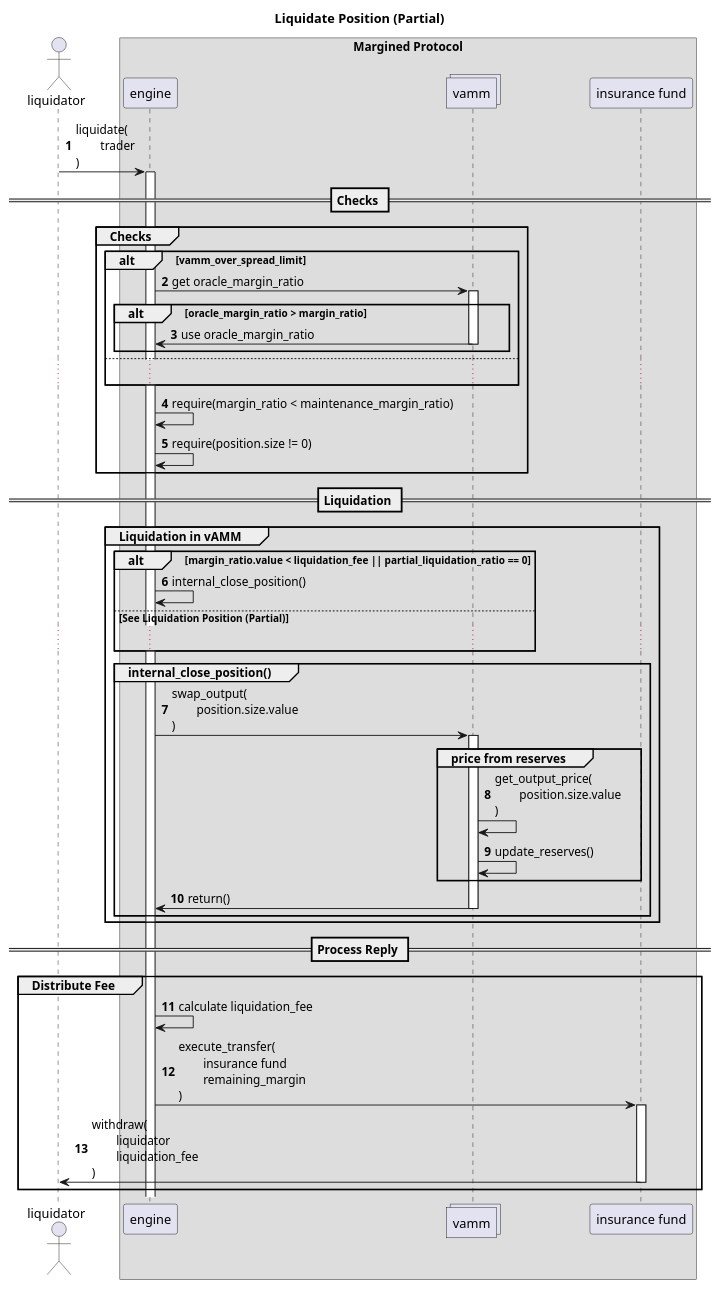
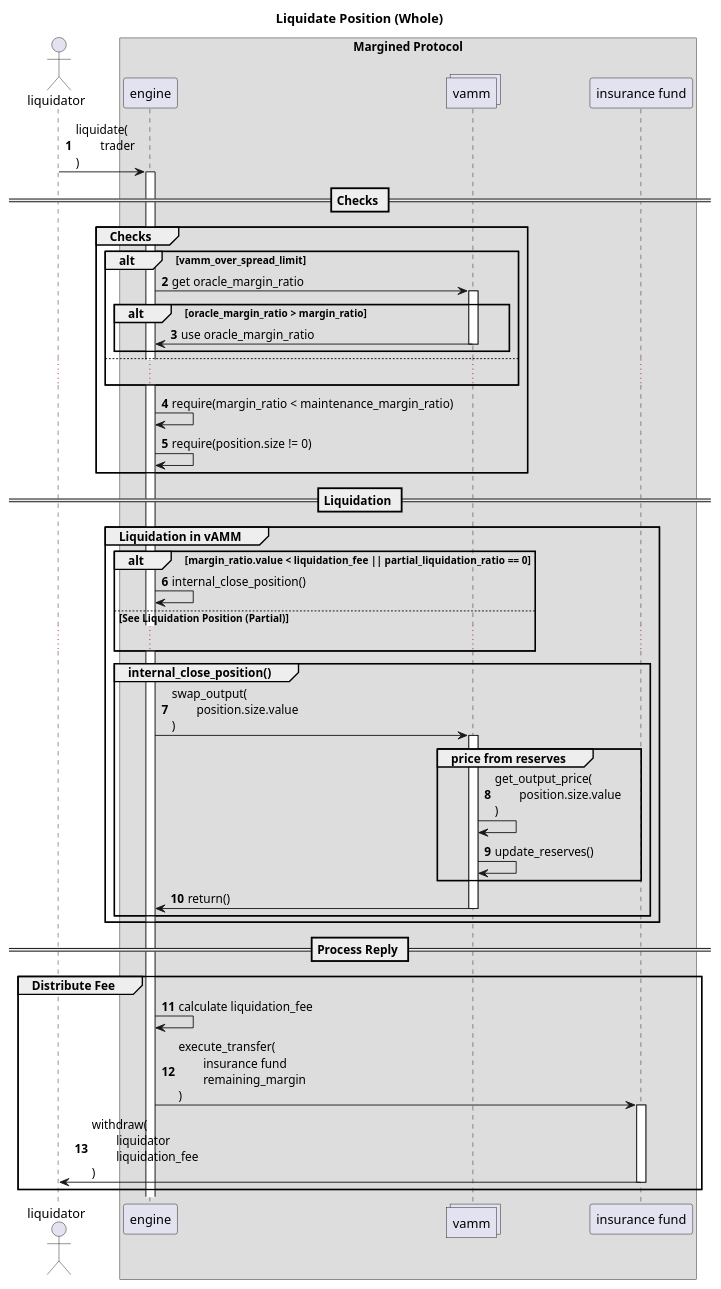
The diagram in architecture/diagrams/liq-pos-whole.puml (margined-protocol/docs), drawn with PlantUML before and after one commit. The commit also changed 9 other files, not shown here.

Commit message:
made changes to diagrams

```diff
--- a/architecture/diagrams/liq-pos-whole.puml
+++ b/architecture/diagrams/liq-pos-whole.puml
@@ -1,70 +1,65 @@
 @startuml
 autonumber
 actor liquidator    
 
 box "Margined Protocol" 
     participant engine    
     collections vamm     
     participant "insurance fund" as insurance    
 end box
 
-' box "External"
-'     collections "Eligible Collateral" as token
-' end box
-
-
-title Liquidate Position (Partial)
+title Liquidate Position (Whole)
 
 liquidator -> engine : liquidate(\n\ttrader\n)
 activate engine
 
 == Checks ==
 Group Checks
     alt vamm_over_spread_limit
         engine -> vamm : get oracle_margin_ratio
         activate vamm
         alt oracle_margin_ratio > margin_ratio
             vamm -> engine : use oracle_margin_ratio
             deactivate vamm
         end
     else
         ...
     end 
 
     engine -> engine : require(margin_ratio < maintenance_margin_ratio)
 
     engine -> engine : require(position.size != 0)
 end
 == Liquidation ==
 Group Liquidation in vAMM
     alt margin_ratio.value < liquidation_fee || partial_liquidation_ratio == 0
         engine -> engine : internal_close_position()
     else See Liquidation Position (Partial)
         ...
     end
 
     Group internal_close_position()
         engine -> vamm : swap_output(\n\tposition.size.value\n)
         activate vamm
 
         Group price from reserves
             vamm -> vamm: get_output_price(\n\tposition.size.value\n)
             vamm -> vamm: update_reserves()
         end
         
         vamm -> engine: return()
         deactivate vamm
     end
 end
     == Process Reply ==
 Group Distribute Fee
     engine -> engine : calculate liquidation_fee
 
     engine -> insurance : execute_transfer(\n\tinsurance fund\n\tremaining_margin\n)
     activate insurance
 
     insurance -> liquidator : withdraw(\n\tliquidator\n\tliquidation_fee\n)
     deactivate insurance
 end
 
 @enduml
```
